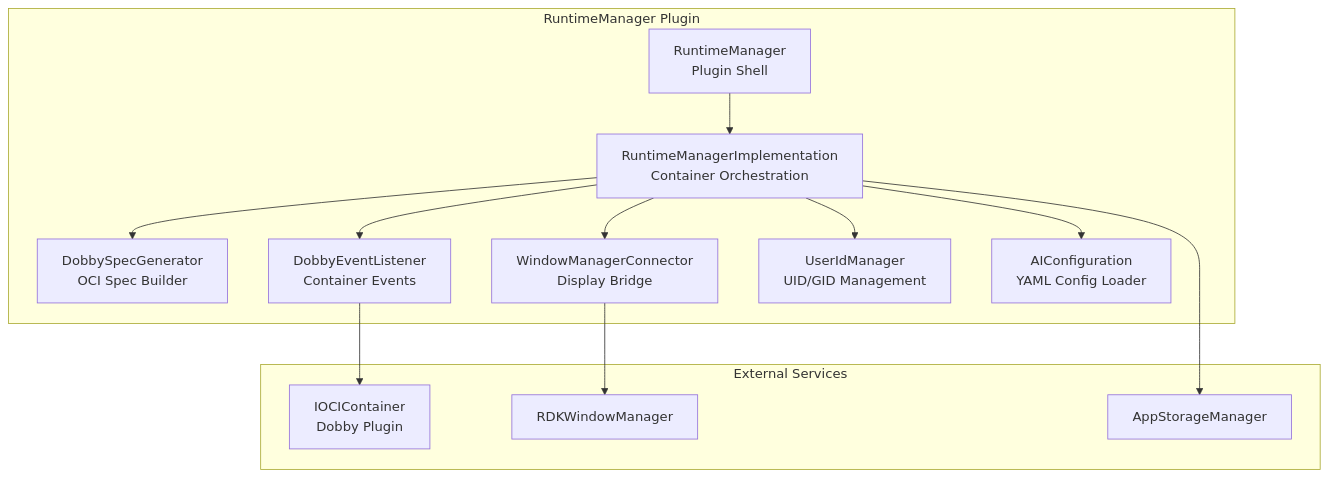
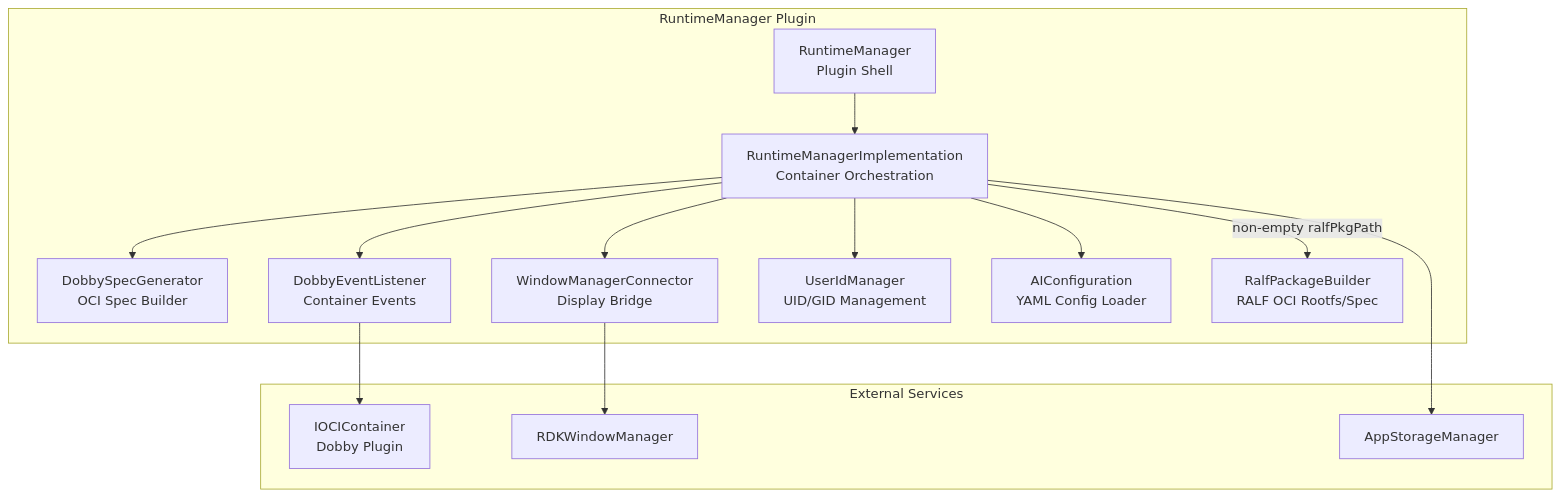
One commit to rdkcentral/entservices-appmanagers changed the first of 10 diagrams in RuntimeManager/RuntimeManager.md. Above: the diagram before and after it, drawn with Mermaid. The commit also changed other lines of this file and 29 other files, not shown here.

````diff
--- a/RuntimeManager/RuntimeManager.md
+++ b/RuntimeManager/RuntimeManager.md
@@ -46,28 +115,30 @@
 ```mermaid
 graph TB
     subgraph "RuntimeManager Plugin"
         Shell[RuntimeManager<br/>Plugin Shell]
         Impl[RuntimeManagerImplementation<br/>Container Orchestration]
         DSG[DobbySpecGenerator<br/>OCI Spec Builder]
         DEL[DobbyEventListener<br/>Container Events]
         WMC[WindowManagerConnector<br/>Display Bridge]
         UIM[UserIdManager<br/>UID/GID Management]
         AIC[AIConfiguration<br/>YAML Config Loader]
+        RPB[RalfPackageBuilder<br/>RALF OCI Rootfs/Spec]
     end
 
     subgraph "External Services"
         OCI[IOCIContainer<br/>Dobby Plugin]
         WM[RDKWindowManager]
         ASM[AppStorageManager]
     end
 
     Shell --> Impl
     Impl --> DSG
     Impl --> DEL
     Impl --> WMC
     Impl --> UIM
     Impl --> AIC
+    Impl -->|non-empty ralfPkgPath| RPB
     DEL --> OCI
     WMC --> WM
     Impl --> ASM
 ```
````
